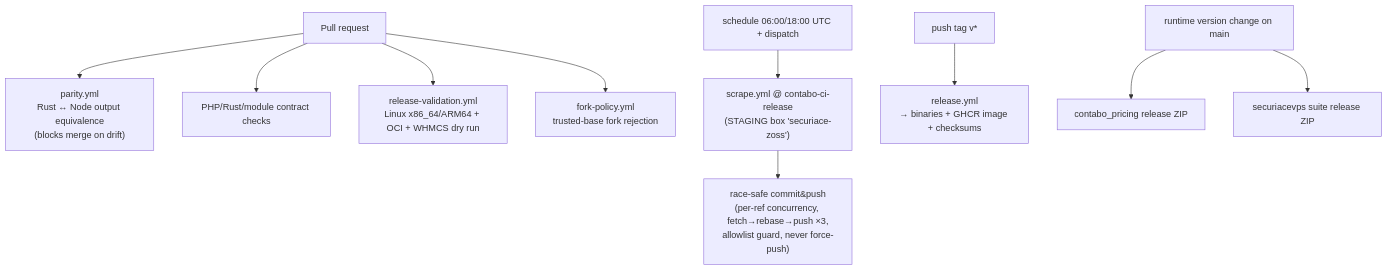
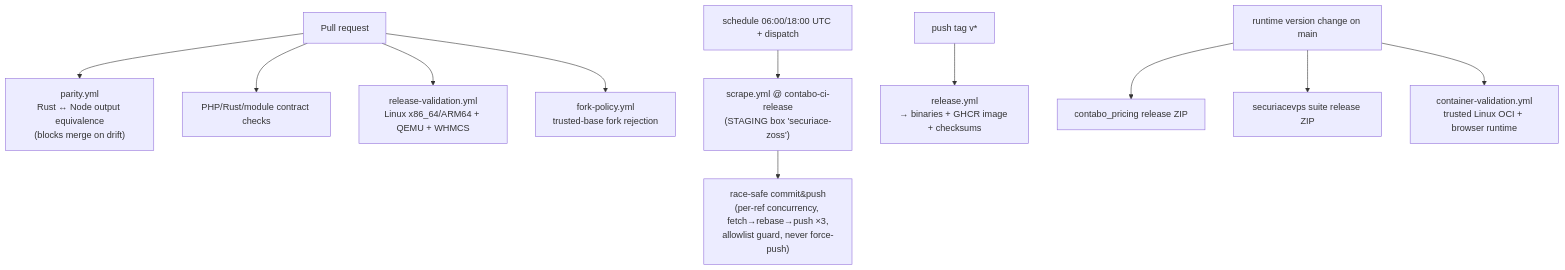
The fifth of 5 diagrams in README.md (securiace-dev/contabo-pricing-scraper), drawn with Mermaid before and after one commit. The commit also changed other lines of this file and 4 other files, not shown here.

Commit message:
fix(ci): isolate privileged release validation

````diff
--- a/README.md
+++ b/README.md
@@ -277,12 +277,13 @@
 ```mermaid
 flowchart TD
   PR["Pull request"] --> PAR["parity.yml\nRust ↔ Node output equivalence\n(blocks merge on drift)"]
   PR --> TEST["PHP/Rust/module contract checks"]
-  PR --> DRY["release-validation.yml\nLinux x86_64/ARM64 + OCI + WHMCS dry run"]
+  PR --> DRY["release-validation.yml\nLinux x86_64/ARM64 + QEMU + WHMCS"]
   PR --> TRUST["fork-policy.yml\ntrusted-base fork rejection"]
   CRON["schedule 06:00/18:00 UTC + dispatch"] --> SCR["scrape.yml @ contabo-ci-release\n(STAGING box 'securiace-zoss')"]
   SCR --> PUSH["race-safe commit&push\n(per-ref concurrency, fetch→rebase→push ×3,\nallowlist guard, never force-push)"]
   TAGV["push tag v*"] --> RELY["release.yml\n→ binaries + GHCR image + checksums"]
   MAIN["runtime version change on main"] --> ADDONREL["contabo_pricing release ZIP"]
   MAIN --> VPSREL["securiacevps suite release ZIP"]
+  MAIN --> OCI["container-validation.yml\ntrusted Linux OCI + browser runtime"]
 ```
````
